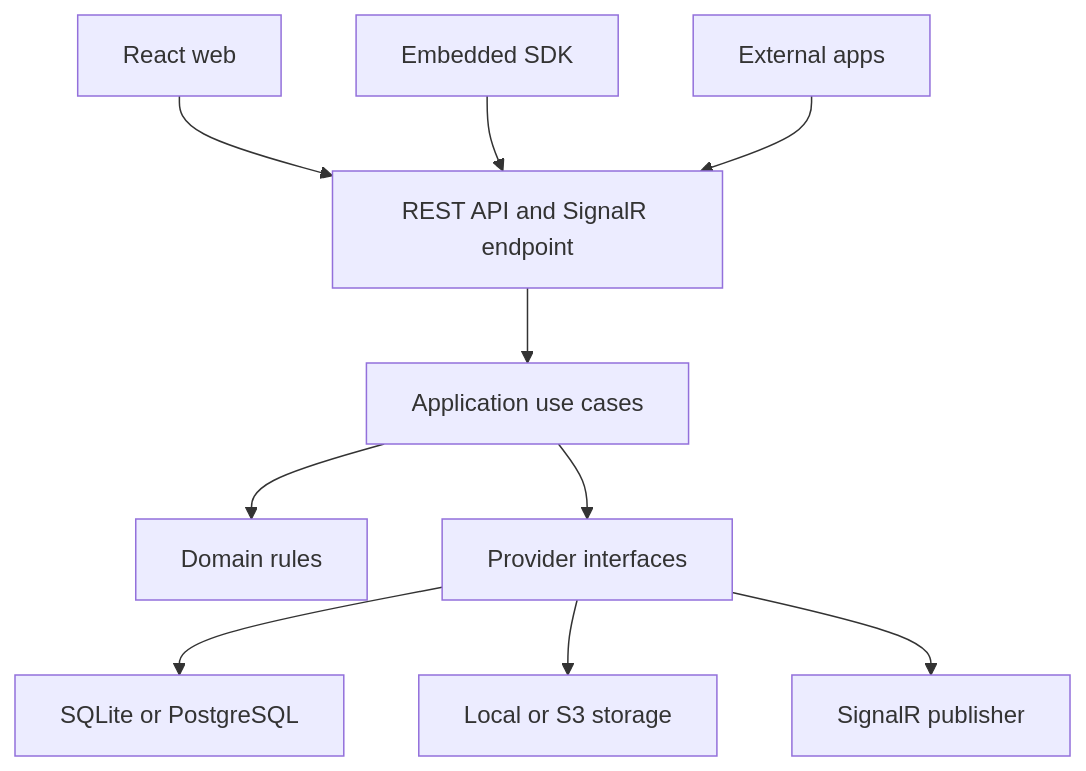
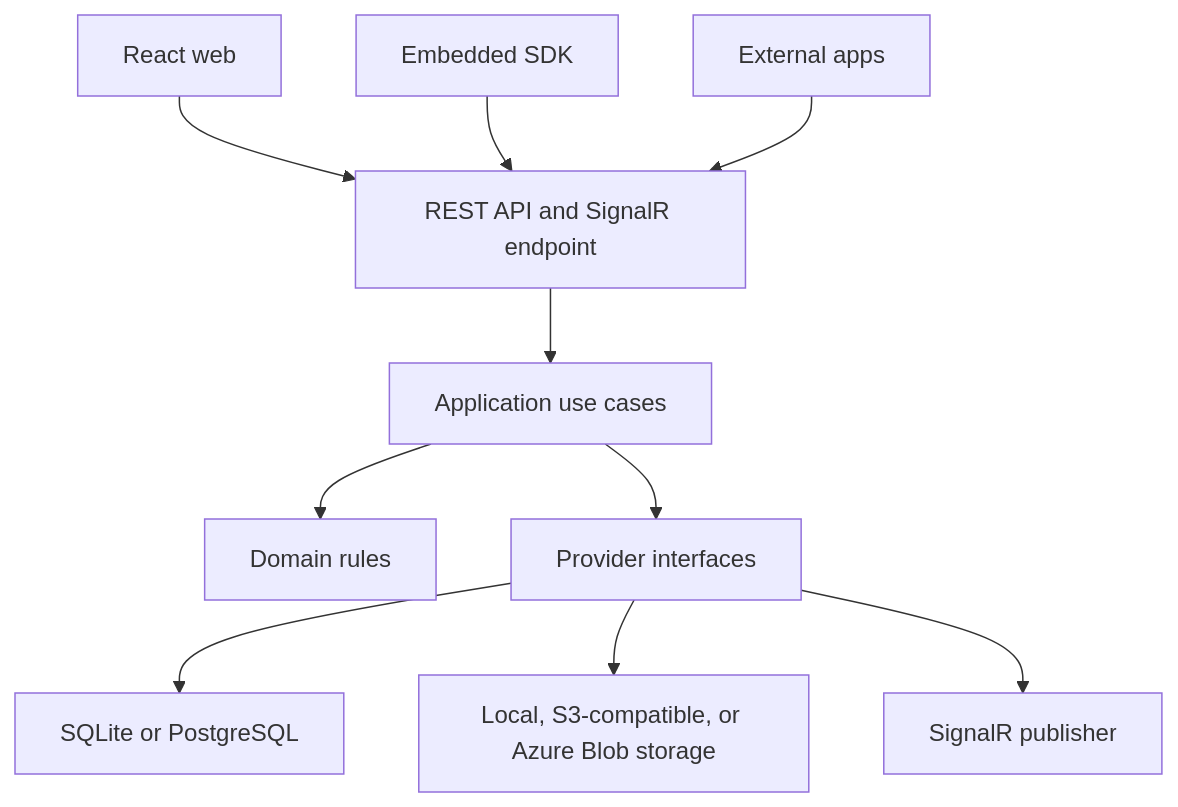
One commit to Audorix/KnockTwice changed the diagram in docs/ARCHITECTURE.md. Above: the diagram before and after it, drawn with Mermaid. The commit also changed other lines of this file and 244 other files, not shown here.

````diff
--- a/docs/ARCHITECTURE.md
+++ b/docs/ARCHITECTURE.md
@@ -27,12 +27,12 @@
 ```mermaid
 flowchart TD
   Web["React web"] --> API["REST API and SignalR endpoint"]
   Embed["Embedded SDK"] --> API
   External["External apps"] --> API
   API --> App["Application use cases"]
   App --> Domain["Domain rules"]
   App --> Ports["Provider interfaces"]
   Ports --> DB["SQLite or PostgreSQL"]
-  Ports --> Files["Local or S3 storage"]
+  Ports --> Files["Local, S3-compatible, or Azure Blob storage"]
   Ports --> RT["SignalR publisher"]
 ```
````
